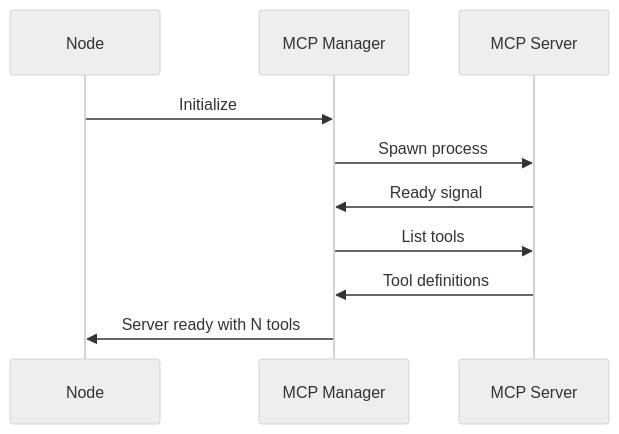
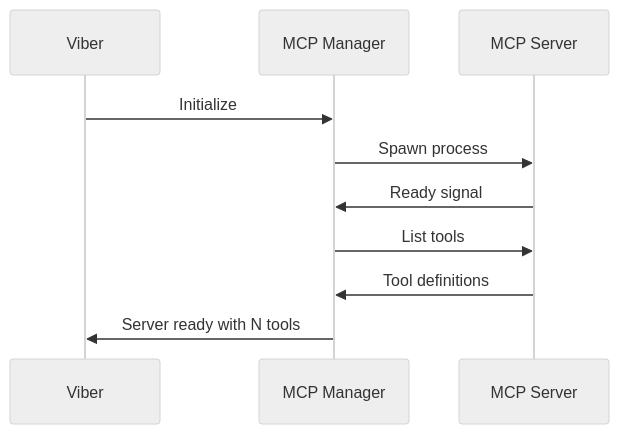
One commit to dustland/openviber changed the second of 2 diagrams in docs/design/mcp-integration.md. Above: the diagram before and after it, drawn with Mermaid (neutral theme). The commit also changed other lines of this file and 16 other files, not shown here.

````diff
--- a/docs/design/mcp-integration.md
+++ b/docs/design/mcp-integration.md
@@ -206,13 +206,13 @@
 ```mermaid
 sequenceDiagram
-    participant N as Node
+    participant V as Viber
     participant M as MCP Manager
     participant S as MCP Server
 
-    N->>M: Initialize
+    V->>M: Initialize
     M->>S: Spawn process
     S->>M: Ready signal
     M->>S: List tools
     S->>M: Tool definitions
-    M->>N: Server ready with N tools
+    M->>V: Server ready with N tools
 ```
````
